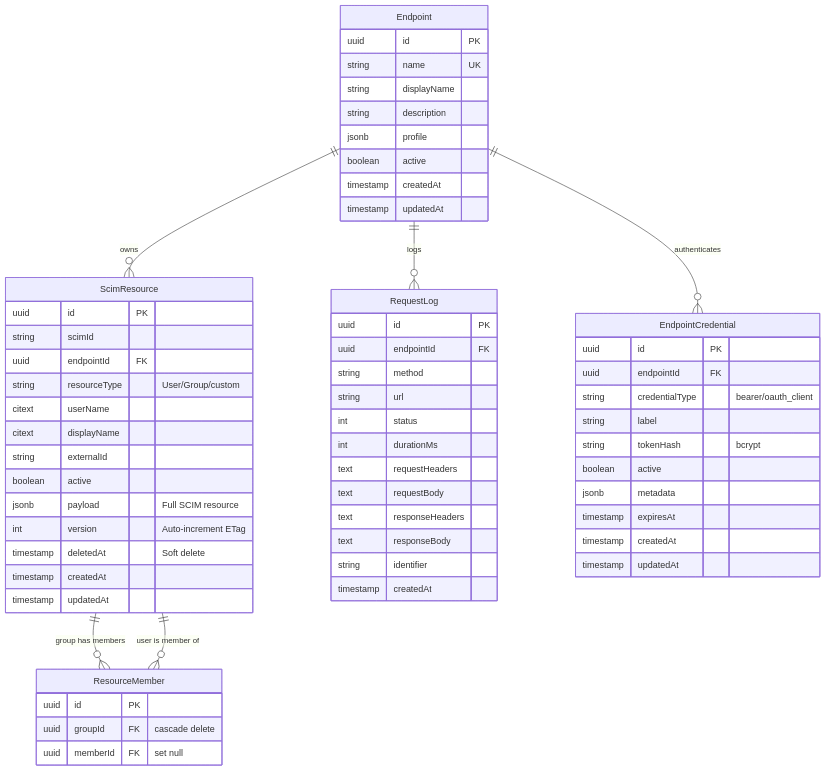
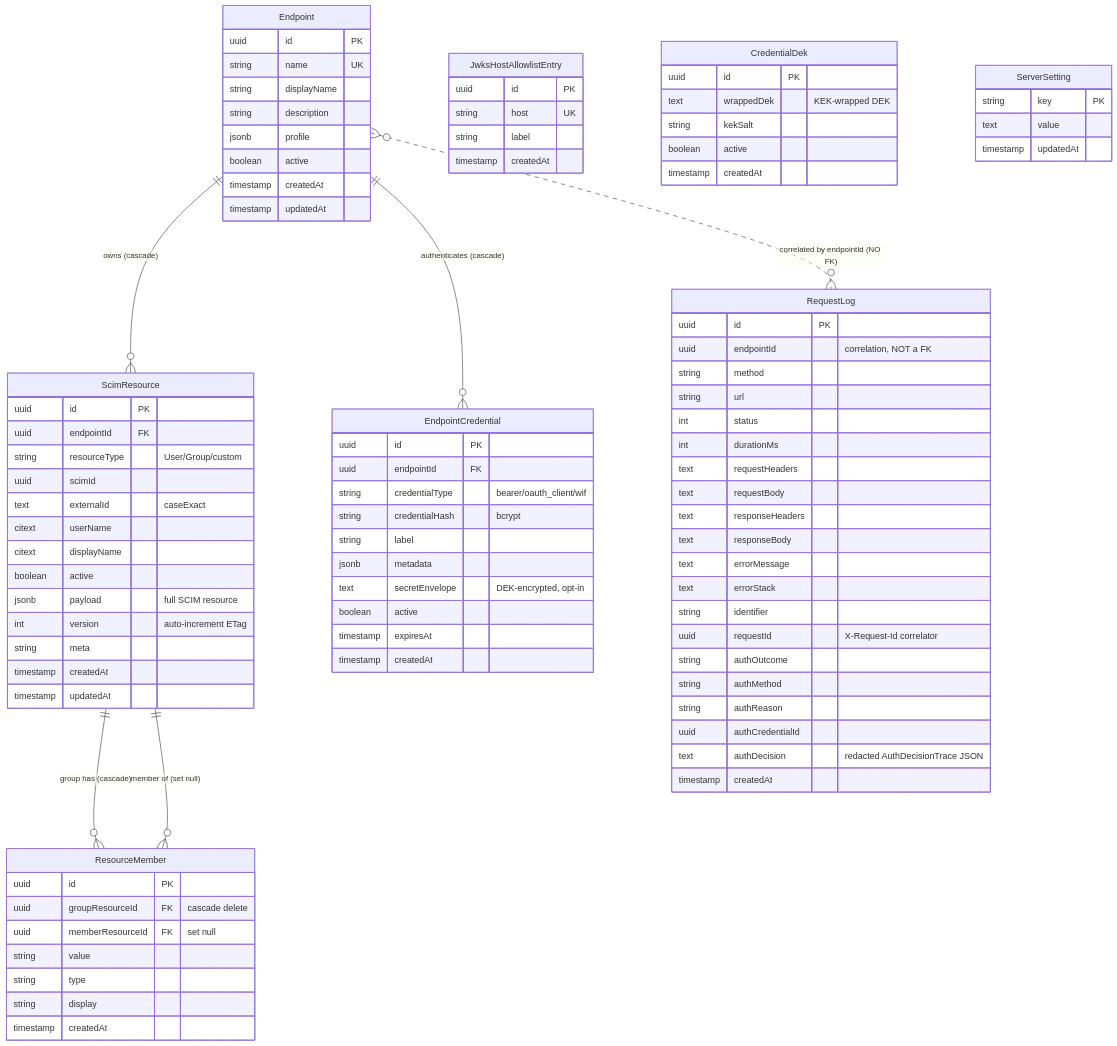
The fourth of 11 diagrams in docs/TECHNICAL_DESIGN_DOCUMENT.md (pranems/SCIMServer), drawn with Mermaid before and after one commit. The commit also changed other lines of this file and 2 other files, not shown here.

Commit message:
docs: sync DB model to current schema (8 tables) + RequestLog audit-trail decoupling
- README + TECHNICAL_DESIGN_DOCUMENT ER diagrams: were stale (5 tables, showed
  the removed Endpoint->RequestLog FK, wrong columns tokenHash/deletedAt, missing
  RequestLog auth/requestId columns + JwksHostAllowlistEntry/CredentialDek/
  ServerSetting). Now reflect the actual 8 tables + correct columns/relations.
- RequestLog.endpointId documented as a correlation column (NOT a FK): audit rows
  outlive the endpoint they describe; orphaned logs persist + are age-pruned
  (21d default), never cascaded on endpoint deletion.
- LOGGING_AND_OBSERVABILITY: added the FK-decoupling + orphaned-log lifecycle, the
  full RequestLog field list (auth summary + authDecision + requestId), and a
  clarifying table that there is ONE durable log table (RequestLog); the
  /log-config/audit endpoint is a category VIEW over the ephemeral ring buffer,
  not a second table.

````diff
--- a/docs/TECHNICAL_DESIGN_DOCUMENT.md
+++ b/docs/TECHNICAL_DESIGN_DOCUMENT.md
@@ -248,10 +251,10 @@
 ```mermaid
 erDiagram
-    Endpoint ||--o{ ScimResource : "owns"
-    Endpoint ||--o{ RequestLog : "logs"
-    Endpoint ||--o{ EndpointCredential : "authenticates"
-    ScimResource ||--o{ ResourceMember : "group has members"
-    ScimResource ||--o{ ResourceMember : "user is member of"
+    Endpoint ||--o{ ScimResource : "owns (cascade)"
+    Endpoint ||--o{ EndpointCredential : "authenticates (cascade)"
+    ScimResource ||--o{ ResourceMember : "group has (cascade)"
+    ScimResource ||--o{ ResourceMember : "member of (set null)"
+    Endpoint }o..o{ RequestLog : "correlated by endpointId (NO FK)"
 
     Endpoint {
         uuid id PK
@@ -266,23 +269,23 @@
 
     ScimResource {
         uuid id PK
-        string scimId
         uuid endpointId FK
         string resourceType "User/Group/custom"
+        uuid scimId
+        text externalId "caseExact"
         citext userName
         citext displayName
-        string externalId
         boolean active
-        jsonb payload "Full SCIM resource"
-        int version "Auto-increment ETag"
-        timestamp deletedAt "Soft delete"
+        jsonb payload "full SCIM resource"
+        int version "auto-increment ETag"
+        string meta
         timestamp createdAt
         timestamp updatedAt
     }
 
     RequestLog {
         uuid id PK
-        uuid endpointId FK
+        uuid endpointId "correlation, NOT a FK"
         string method
         string url
         int status
@@ -291,26 +294,59 @@
         text requestBody
         text responseHeaders
         text responseBody
+        text errorMessage
+        text errorStack
         string identifier
+        uuid requestId "X-Request-Id correlator"
+        string authOutcome
+        string authMethod
+        string authReason
+        uuid authCredentialId
+        text authDecision "redacted AuthDecisionTrace JSON"
         timestamp createdAt
     }
 
     EndpointCredential {
         uuid id PK
         uuid endpointId FK
-        string credentialType "bearer/oauth_client"
+        string credentialType "bearer/oauth_client/wif"
+        string credentialHash "bcrypt"
         string label
-        string tokenHash "bcrypt"
+        jsonb metadata
+        text secretEnvelope "DEK-encrypted, opt-in"
         boolean active
-        jsonb metadata
         timestamp expiresAt
         timestamp createdAt
-        timestamp updatedAt
     }
 
     ResourceMember {
         uuid id PK
-        uuid groupId FK "cascade delete"
-        uuid memberId FK "set null"
+        uuid groupResourceId FK "cascade delete"
+        uuid memberResourceId FK "set null"
+        string value
+        string type
+        string display
+        timestamp createdAt
+    }
+
+    JwksHostAllowlistEntry {
+        uuid id PK
+        string host UK
+        string label
+        timestamp createdAt
+    }
+
+    CredentialDek {
+        uuid id PK
+        text wrappedDek "KEK-wrapped DEK"
+        string kekSalt
+        boolean active
+        timestamp createdAt
+    }
+
+    ServerSetting {
+        string key PK
+        text value
+        timestamp updatedAt
     }
 ```
````
